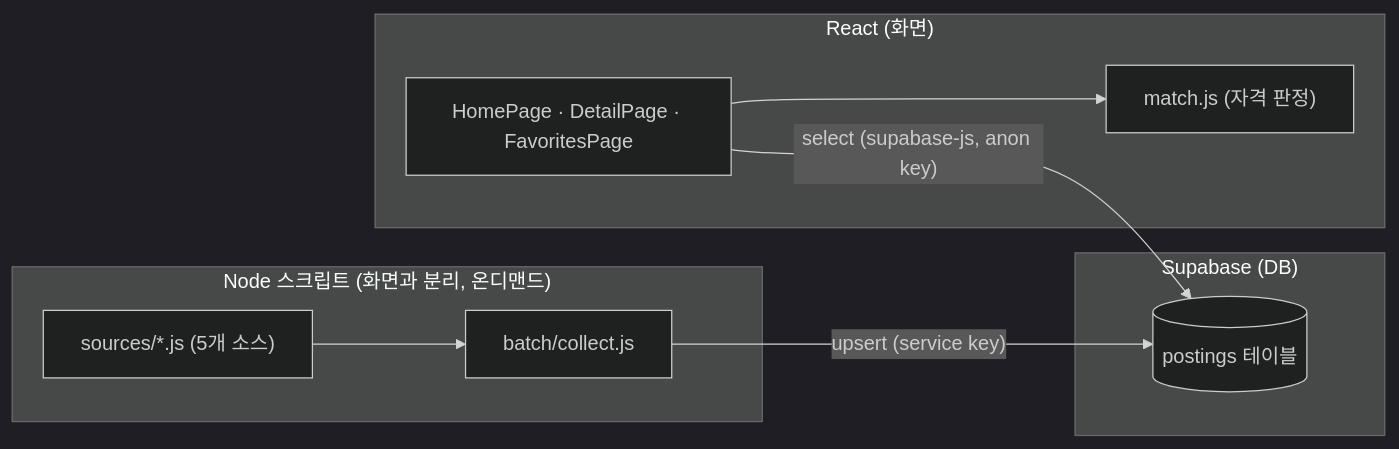
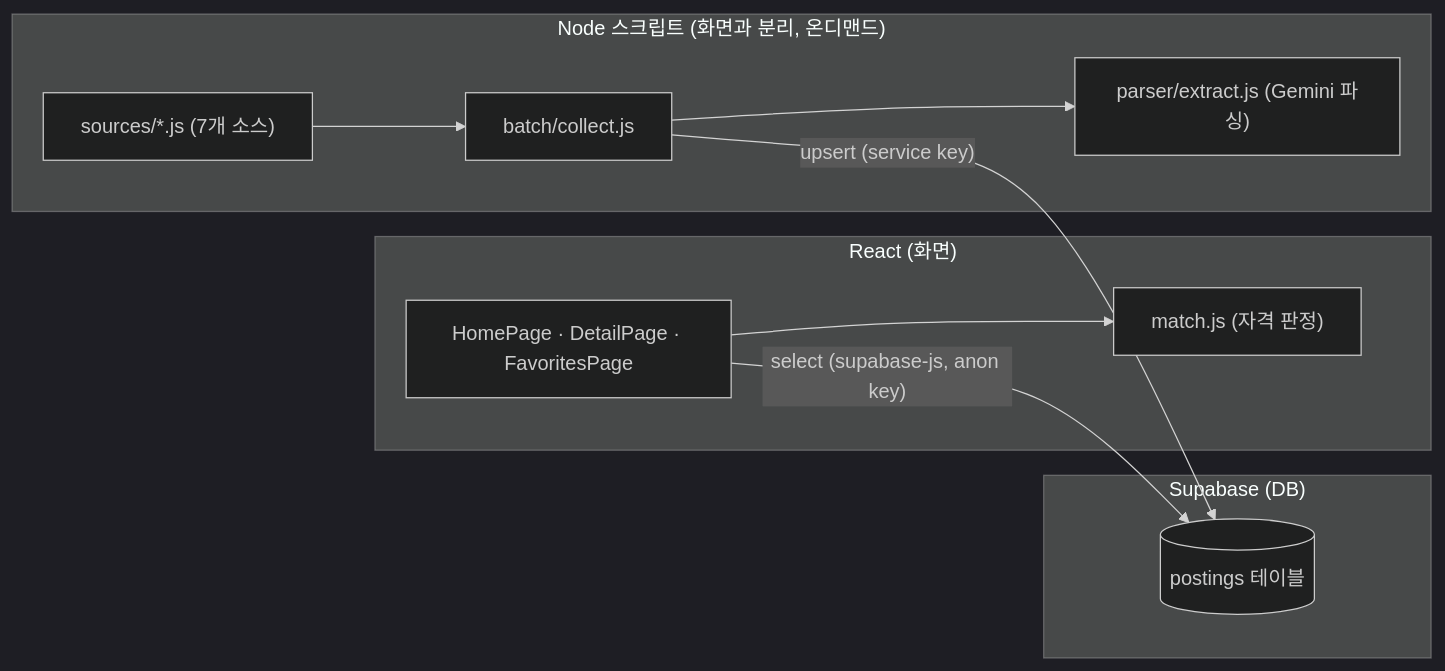
One commit to jaeho9338-code/activity-curation changed the second of 2 diagrams in README.md. Above: the diagram before and after it, drawn with Mermaid (dark theme). The commit also changed other lines of this file, not shown here.

````diff
--- a/README.md
+++ b/README.md
@@ -55,21 +72,23 @@
 ```mermaid
 flowchart LR
   subgraph React["React (화면)"]
     Pages["HomePage · DetailPage · FavoritesPage"]
     Match["match.js (자격 판정)"]
     Pages --> Match
   end
 
   subgraph Collector["Node 스크립트 (화면과 분리, 온디맨드)"]
-    Sources["sources/*.js (5개 소스)"]
+    Sources["sources/*.js (7개 소스)"]
     Collect["batch/collect.js"]
+    Parser["parser/extract.js (Gemini 파싱)"]
     Sources --> Collect
+    Collect --> Parser
   end
 
   subgraph DB["Supabase (DB)"]
     Postings[("postings 테이블")]
   end
 
   Pages -- "select (supabase-js, anon key)" --> Postings
   Collect -- "upsert (service key)" --> Postings
 ```
````
